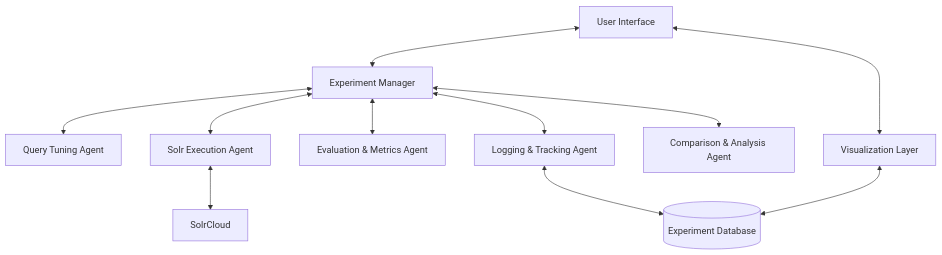
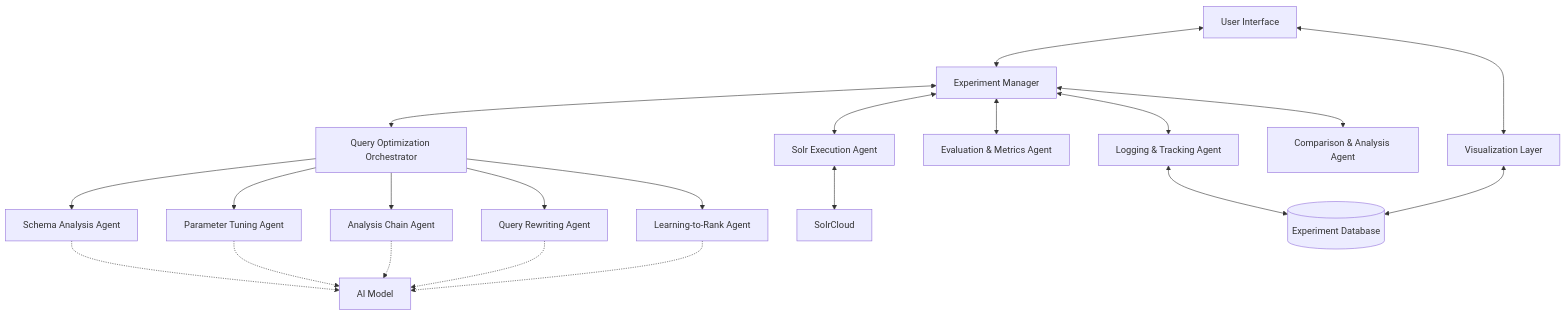
The first of 7 diagrams in ARCHITECTURE.md (sstults/solr-optimizer), drawn with Mermaid before and after one commit. The commit also changed other lines of this file and 12 other files, not shown here.

````diff
--- a/ARCHITECTURE.md
+++ b/ARCHITECTURE.md
@@ -9,13 +9,26 @@
 ```mermaid
 graph TD
     User[User Interface] <--> EM[Experiment Manager]
-    EM <--> QTA[Query Tuning Agent]
+    EM <--> QOO[Query Optimization Orchestrator]
     EM <--> SEA[Solr Execution Agent]
     EM <--> EMA[Evaluation & Metrics Agent]
     EM <--> LTA[Logging & Tracking Agent]
     EM <--> CAA[Comparison & Analysis Agent]
+    
+    QOO --> SAA[Schema Analysis Agent]
+    QOO --> PTA[Parameter Tuning Agent]
+    QOO --> ACA[Analysis Chain Agent]
+    QOO --> QRA[Query Rewriting Agent]
+    QOO --> LRA[Learning-to-Rank Agent]
+    
     SEA <--> SC[SolrCloud]
     LTA <--> DB[(Experiment Database)]
     User <--> VIS[Visualization Layer]
     VIS <--> DB
+    
+    SAA -.-> AI[AI Model]
+    PTA -.-> AI
+    ACA -.-> AI
+    QRA -.-> AI
+    LRA -.-> AI
 ```
````
